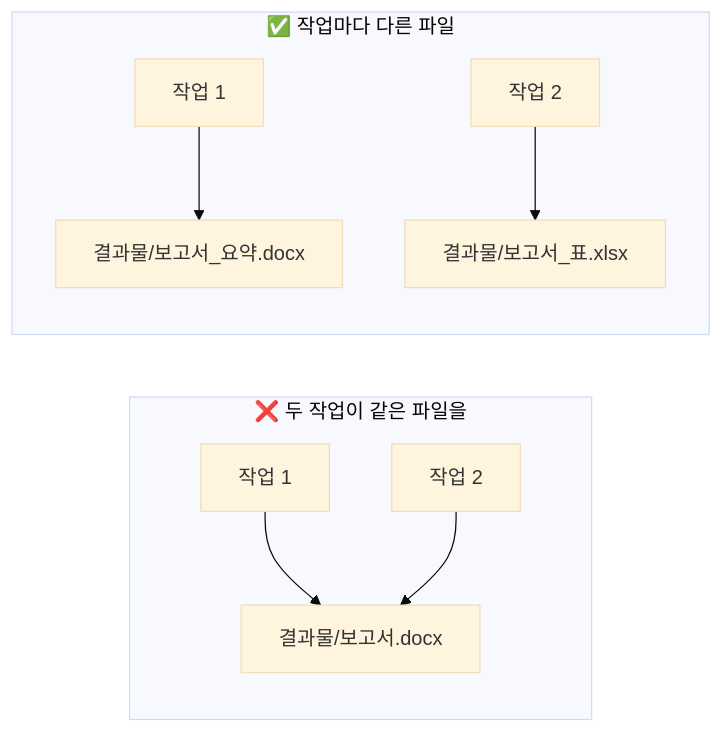
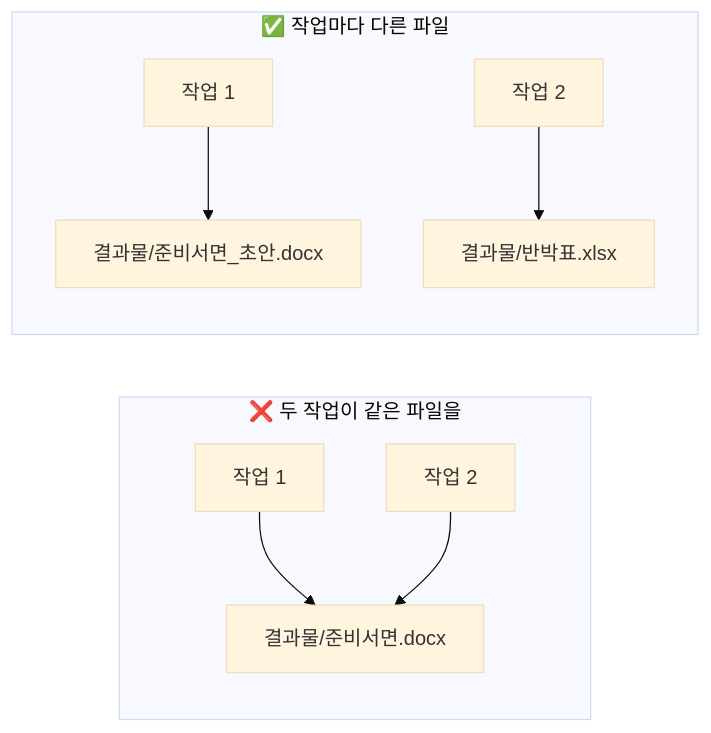
One commit to gyuber/claude-basics changed the second of 2 diagrams in 기초/11-여러-작업-동시에.md. Above: the diagram before and after it, drawn with Mermaid (base theme). The commit also changed other lines of this file and 32 other files, not shown here.

````diff
--- a/기초/11-여러-작업-동시에.md
+++ b/기초/11-여러-작업-동시에.md
@@ -36,11 +39,11 @@
 ```mermaid
 flowchart LR
   subgraph 나쁨["❌ 두 작업이 같은 파일을"]
-    X1["작업 1"] --> F["결과물/보고서.docx"]
+    X1["작업 1"] --> F["결과물/준비서면.docx"]
     X2["작업 2"] --> F
   end
   subgraph 좋음["✅ 작업마다 다른 파일"]
-    Y1["작업 1"] --> G1["결과물/보고서_요약.docx"]
-    Y2["작업 2"] --> G2["결과물/보고서_표.xlsx"]
+    Y1["작업 1"] --> G1["결과물/준비서면_초안.docx"]
+    Y2["작업 2"] --> G2["결과물/반박표.xlsx"]
   end
 ```
````
